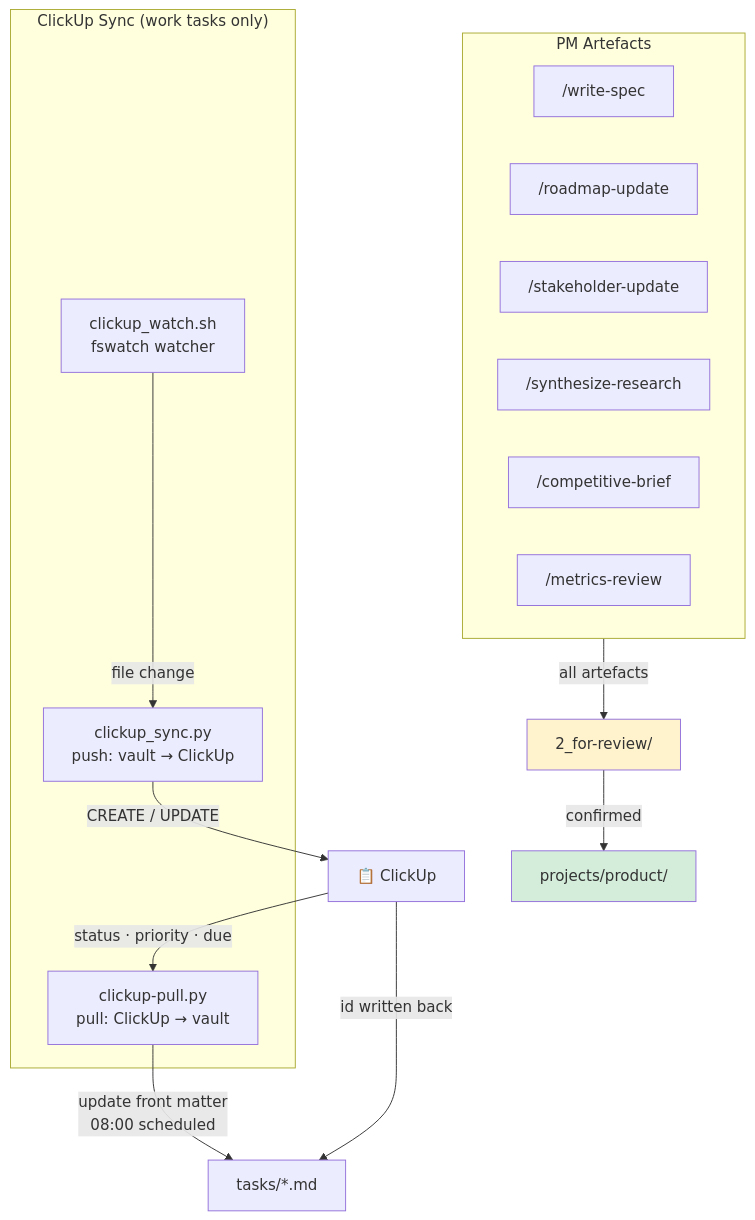
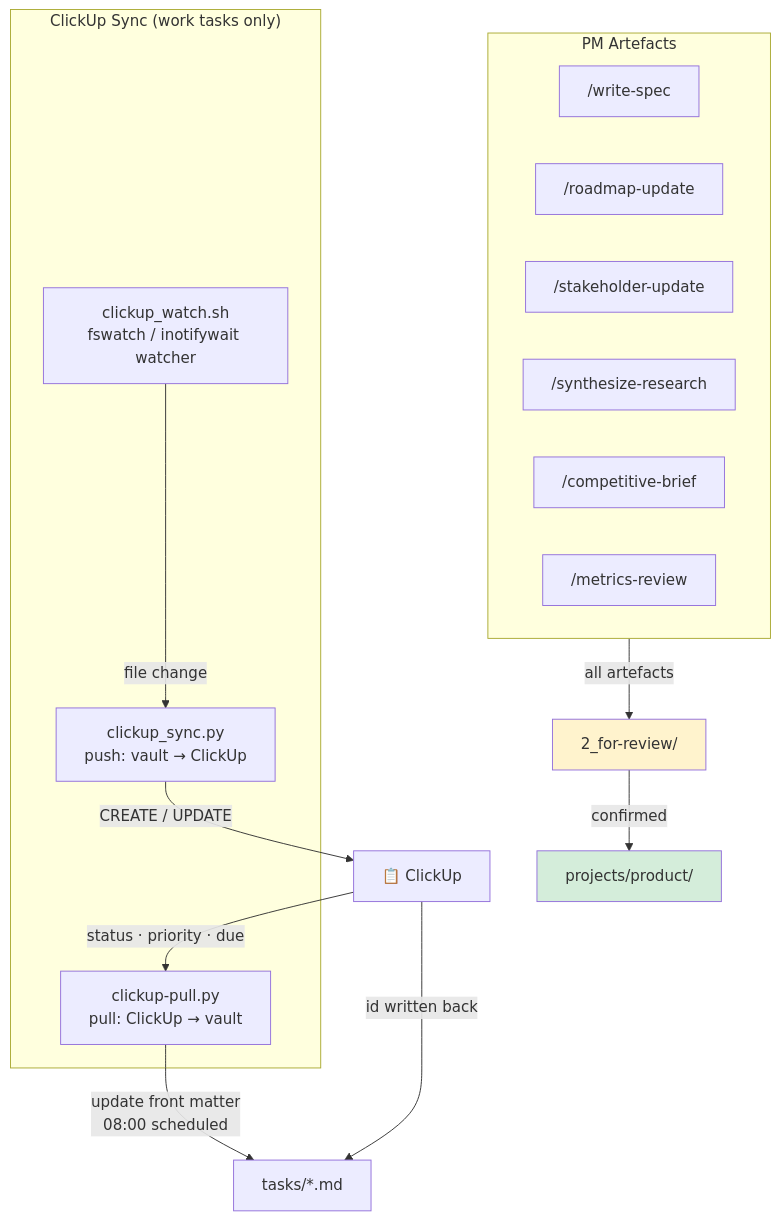
The third of 6 diagrams in README.md (oguzhanerr/giga-itu-workspace), drawn with Mermaid before and after one commit. The commit also changed other lines of this file and 1 other file, not shown here.

````diff
--- a/README.md
+++ b/README.md
@@ -93,28 +93,28 @@
 ```mermaid
 graph TB
     subgraph ART["PM Artefacts"]
         WS["/write-spec"]
         RU["/roadmap-update"]
         SU["/stakeholder-update"]
         SR["/synthesize-research"]
         CB["/competitive-brief"]
         MR["/metrics-review"]
     end
 
     subgraph CUS["ClickUp Sync (work tasks only)"]
-        FW["clickup_watch.sh<br/>fswatch watcher"]
+        FW["clickup_watch.sh<br/>fswatch / inotifywait watcher"]
         CS["clickup_sync.py<br/>push: vault → ClickUp"]
         CP["clickup-pull.py<br/>pull: ClickUp → vault"]
     end
 
     ART -->|"all artefacts"| REV["2_for-review/"]
     REV -->|"confirmed"| PROJ["projects/product/"]
     FW -->|"file change"| CS
     CS -->|"CREATE / UPDATE"| CU["📋 ClickUp"]
     CU -->|"id written back"| TSK["tasks/*.md"]
     CU -->|"status · priority · due"| CP
     CP -->|"update front matter<br/>08:00 scheduled"| TSK
 
     style REV fill:#fff3cd
     style PROJ fill:#d4edda
 ```
````
